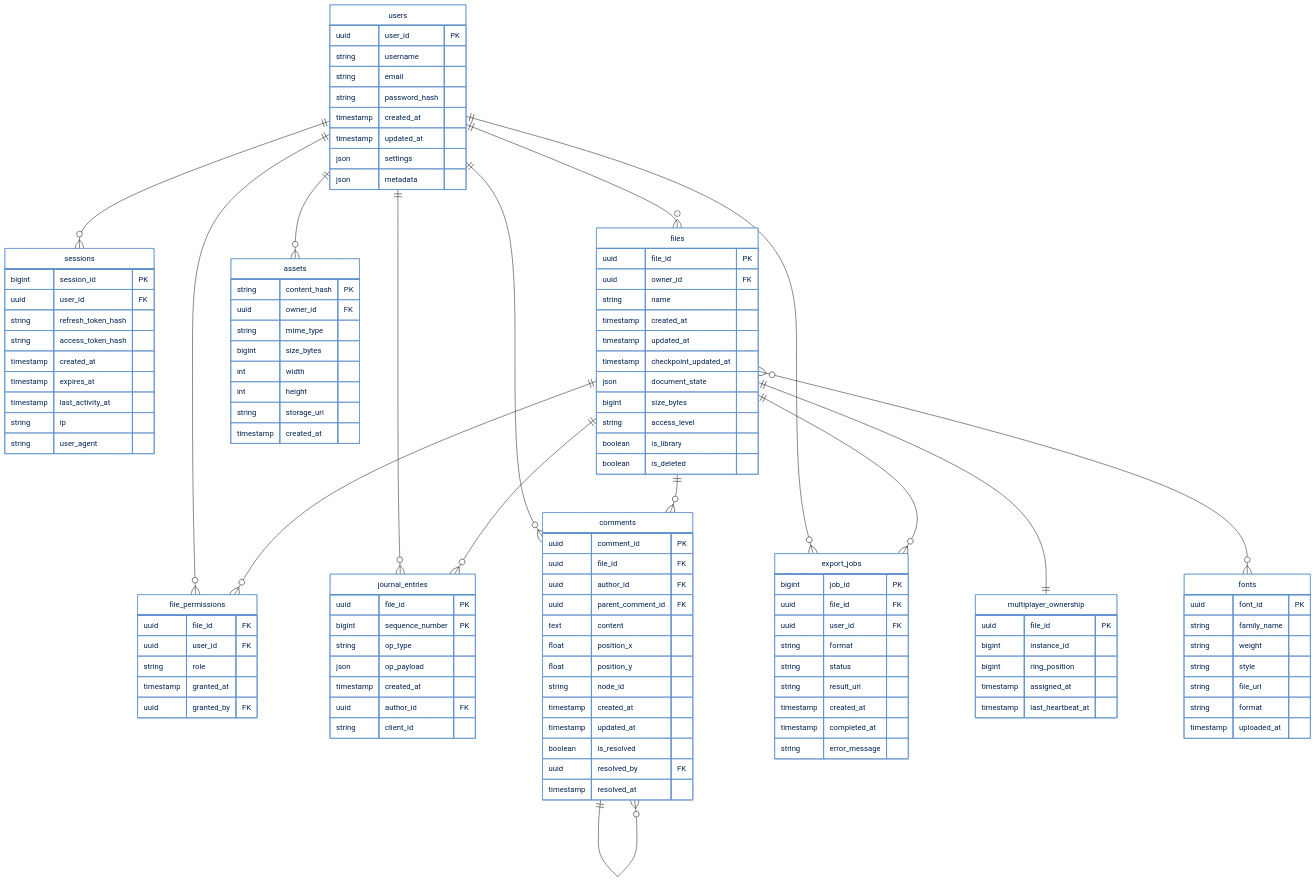
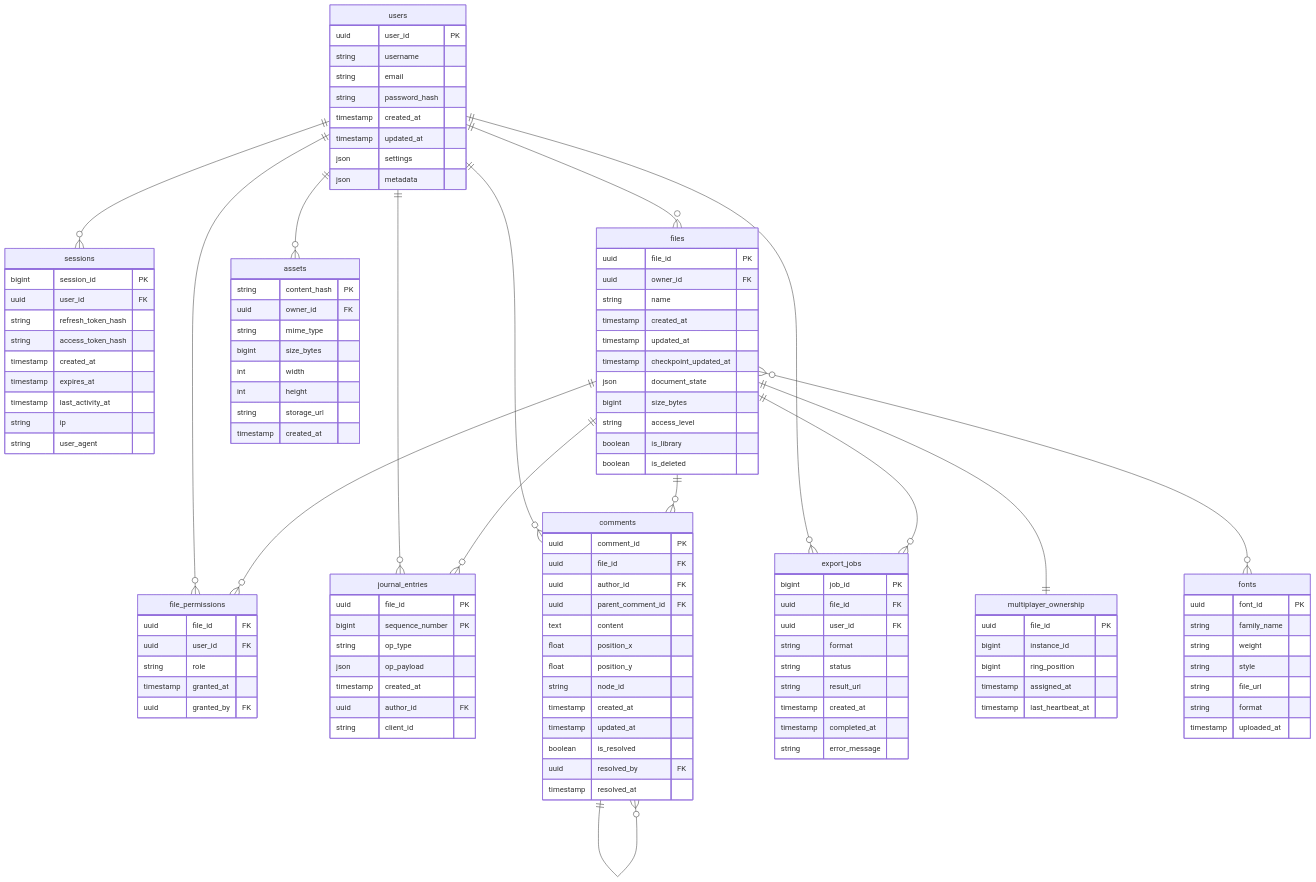
Before and after one commit to Mr-None-rM/VK-Education-Highload: the diagram in README.md, drawn with Mermaid.

Commit message:
Fix scheme in 5 point again)

````diff
--- a/README.md
+++ b/README.md
@@ -367,9 +367,9 @@
 ```mermaid
 %%{init: {'theme':'base', 'themeVariables': {
   'primaryColor': '#ffffff',
-  'primaryTextColor': '#002255',
-  'primaryBorderColor': '#5f92cc',
-  'tertiaryColor': '#5f92cc'
+  'primaryTextColor': '#000000',
+  'primaryBorderColor': '#1e1e1f',
+  'lineColor': '#99adb8',
 }}}%%
 erDiagram
     users ||--o{ sessions : ""
````
